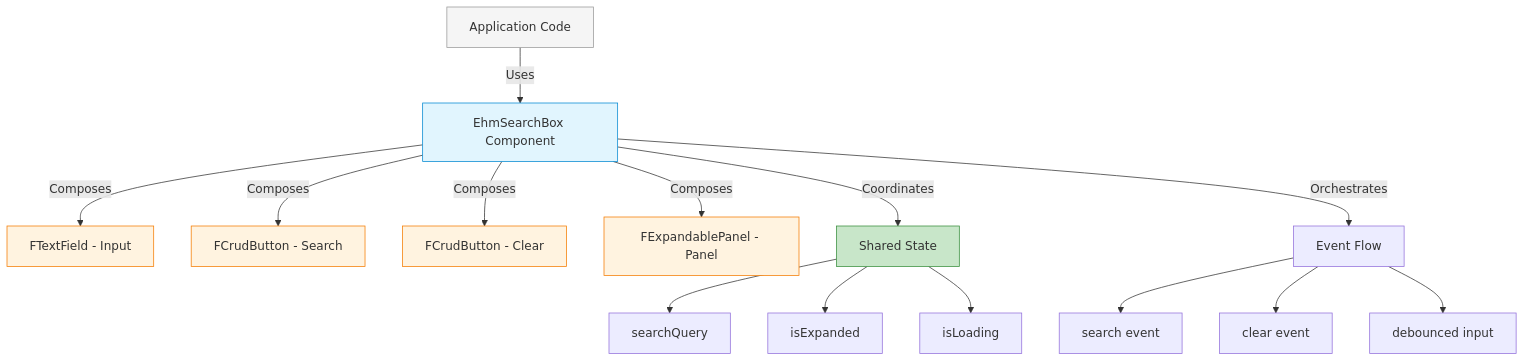
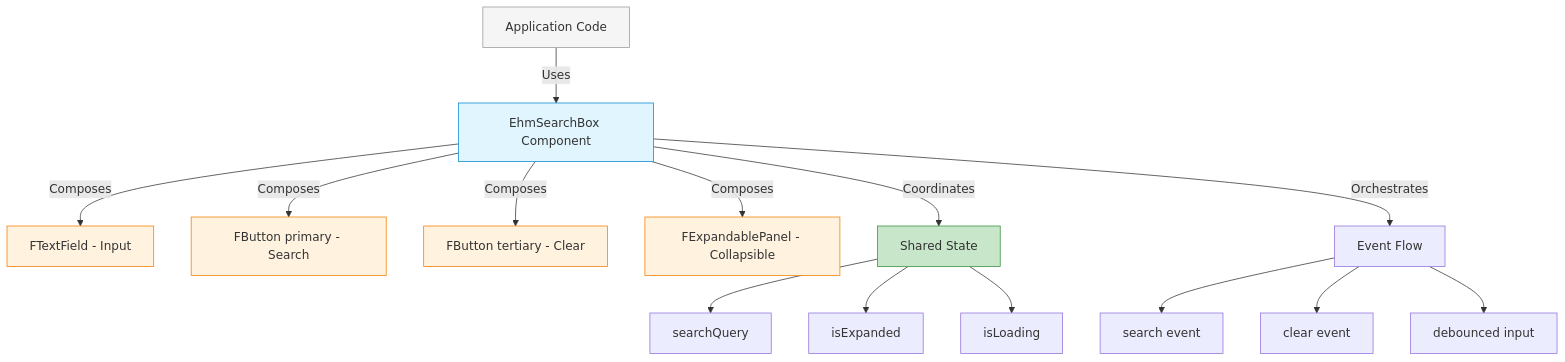
Before and after one commit to pattespatte/ehmds-on-fkui-test: the first of 2 diagrams in docs/architecture/composition.md, drawn with Mermaid. The commit also changed other lines of this file and 27 other files, not shown here.

````diff
--- a/docs/architecture/composition.md
+++ b/docs/architecture/composition.md
@@ -54,26 +93,26 @@
 ```mermaid
 graph TD
     App[Application Code] -->|Uses| EHMDS[EhmSearchBox Component]
     EHMDS -->|Composes| FKUI1[FTextField - Input]
-    EHMDS -->|Composes| FKUI2[FCrudButton - Search]
-    EHMDS -->|Composes| FKUI3[FCrudButton - Clear]
-    EHMDS -->|Composes| FKUI4[FExpandablePanel - Panel]
+    EHMDS -->|Composes| FKUI2[FButton primary - Search]
+    EHMDS -->|Composes| FKUI3[FButton tertiary - Clear]
+    EHMDS -->|Composes| FKUI4[FExpandablePanel - Collapsible]
     EHMDS -->|Coordinates| State[Shared State]
     EHMDS -->|Orchestrates| Events[Event Flow]
 
     State --> Query[searchQuery]
     State --> Expanded[isExpanded]
     State --> Loading[isLoading]
 
     Events --> Search[search event]
     Events --> Clear[clear event]
     Events --> Debounce[debounced input]
 
     style EHMDS fill:#e1f5fe,stroke:#0288d1
     style FKUI1 fill:#fff3e0,stroke:#f57c00
     style FKUI2 fill:#fff3e0,stroke:#f57c00
     style FKUI3 fill:#fff3e0,stroke:#f57c00
     style FKUI4 fill:#fff3e0,stroke:#f57c00
     style State fill:#c8e6c9,stroke:#388e3c
     style App fill:#f5f5f5,stroke:#999
 ```
````
